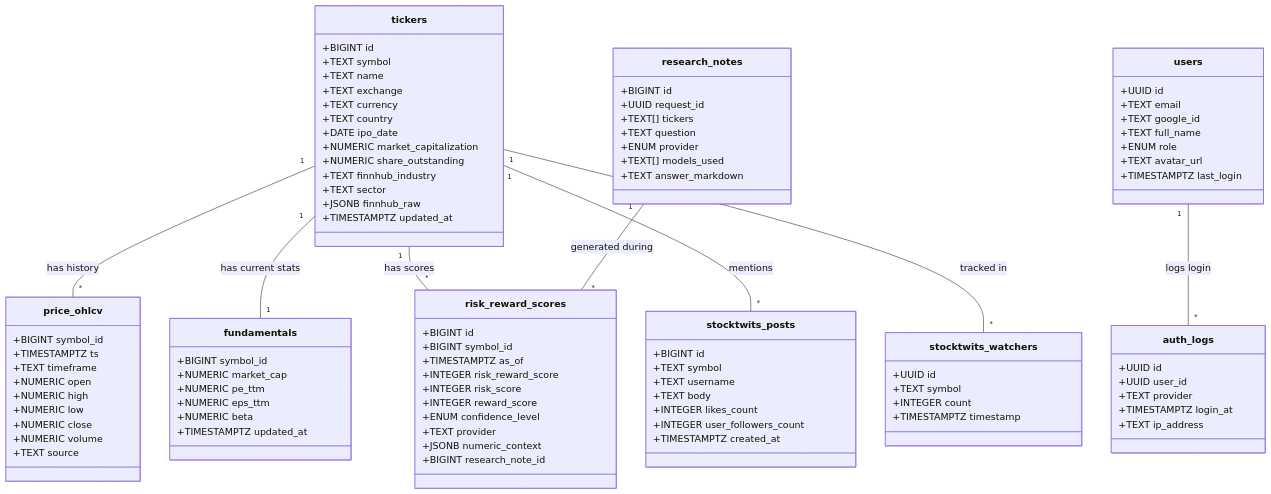
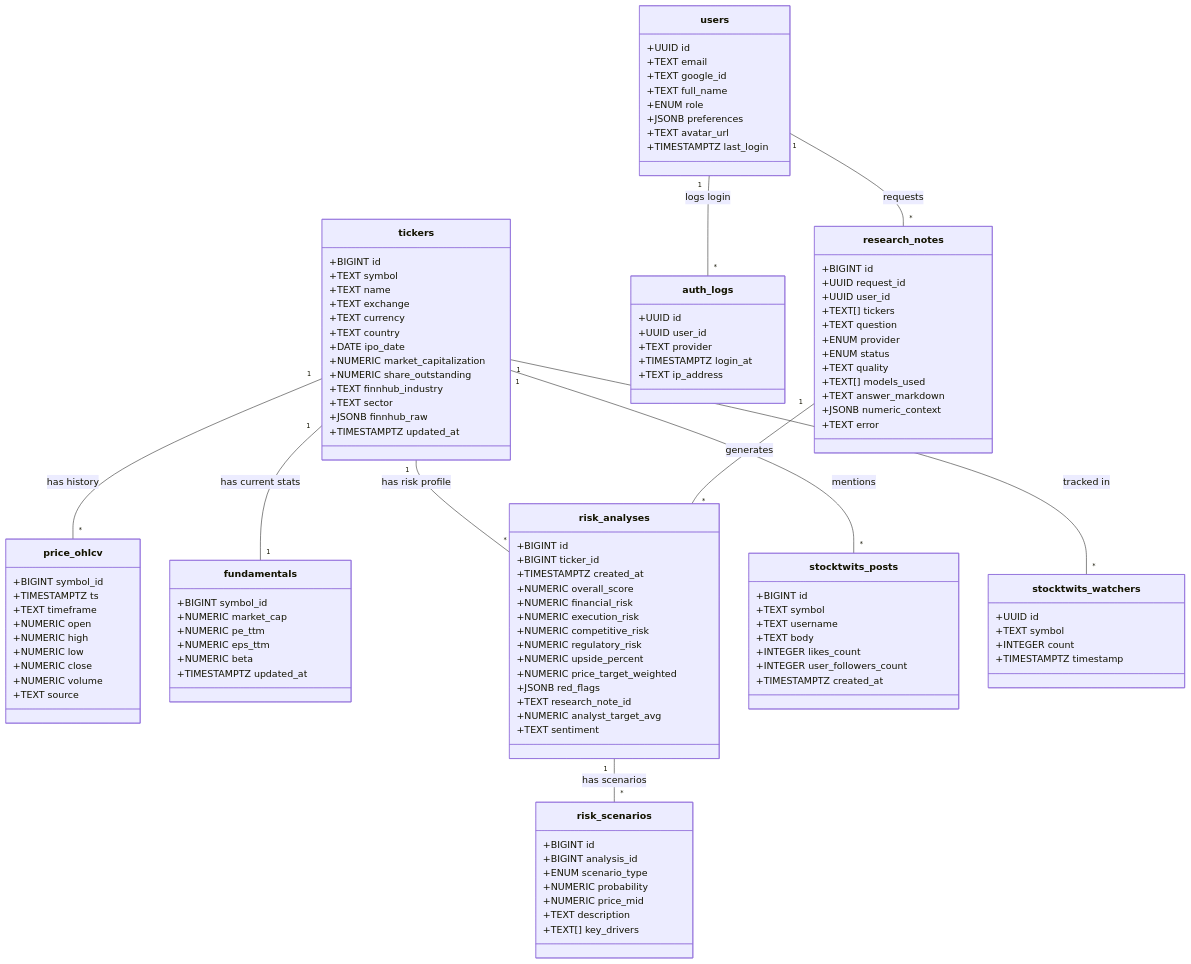
The diagram in README.md (404-Profit-Not-Found/neural-ticker-core), drawn with Mermaid before and after one commit. The commit also changed other lines of this file and 18 other files, not shown here.

Commit message:
feat: risk scenario

````diff
--- a/README.md
+++ b/README.md
@@ -54,6 +52,7 @@
         +TEXT google_id
         +TEXT full_name
         +ENUM role
+        +JSONB preferences
         +TEXT avatar_url
         +TIMESTAMPTZ last_login
     }
@@ -90,24 +89,43 @@
     class research_notes {
         +BIGINT id
         +UUID request_id
+        +UUID user_id
         +TEXT[] tickers
         +TEXT question
         +ENUM provider
+        +ENUM status
+        +TEXT quality
         +TEXT[] models_used
         +TEXT answer_markdown
+        +JSONB numeric_context
+        +TEXT error
     }
 
-    class risk_reward_scores {
+    class risk_analyses {
         +BIGINT id
-        +BIGINT symbol_id
-        +TIMESTAMPTZ as_of
-        +INTEGER risk_reward_score
-        +INTEGER risk_score
-        +INTEGER reward_score
-        +ENUM confidence_level
-        +TEXT provider
-        +JSONB numeric_context
-        +BIGINT research_note_id
+        +BIGINT ticker_id
+        +TIMESTAMPTZ created_at
+        +NUMERIC overall_score
+        +NUMERIC financial_risk
+        +NUMERIC execution_risk
+        +NUMERIC competitive_risk
+        +NUMERIC regulatory_risk
+        +NUMERIC upside_percent
+        +NUMERIC price_target_weighted
+        +JSONB red_flags
+        +TEXT research_note_id
+        +NUMERIC analyst_target_avg
+        +TEXT sentiment
+    }
+
+    class risk_scenarios {
+        +BIGINT id
+        +BIGINT analysis_id
+        +ENUM scenario_type
+        +NUMERIC probability
+        +NUMERIC price_mid
+        +TEXT description
+        +TEXT[] key_drivers
     }
 
     class stocktwits_posts {
@@ -129,9 +147,11 @@
 
     tickers "1" -- "*" price_ohlcv : has history
     tickers "1" -- "1" fundamentals : has current stats
-    tickers "1" -- "*" risk_reward_scores : has scores
+    tickers "1" -- "*" risk_analyses : has risk profile
+    risk_analyses "1" -- "*" risk_scenarios : has scenarios
     tickers "1" -- "*" stocktwits_posts : mentions
     tickers "1" -- "*" stocktwits_watchers : tracked in
-    research_notes "1" -- "*" risk_reward_scores : generated during
+    research_notes "1" -- "*" risk_analyses : generates
     users "1" -- "*" auth_logs : logs login
+    users "1" -- "*" research_notes : requests
 ```
````
